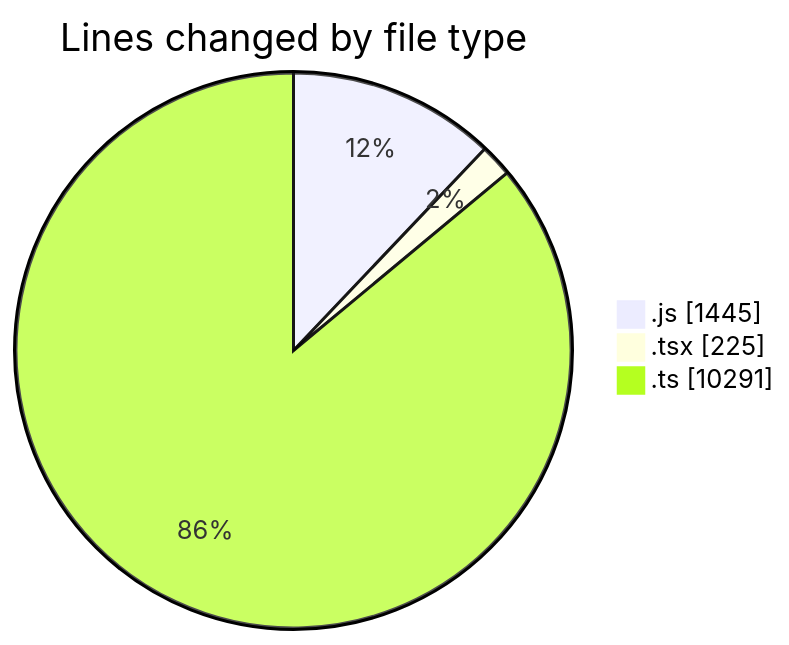
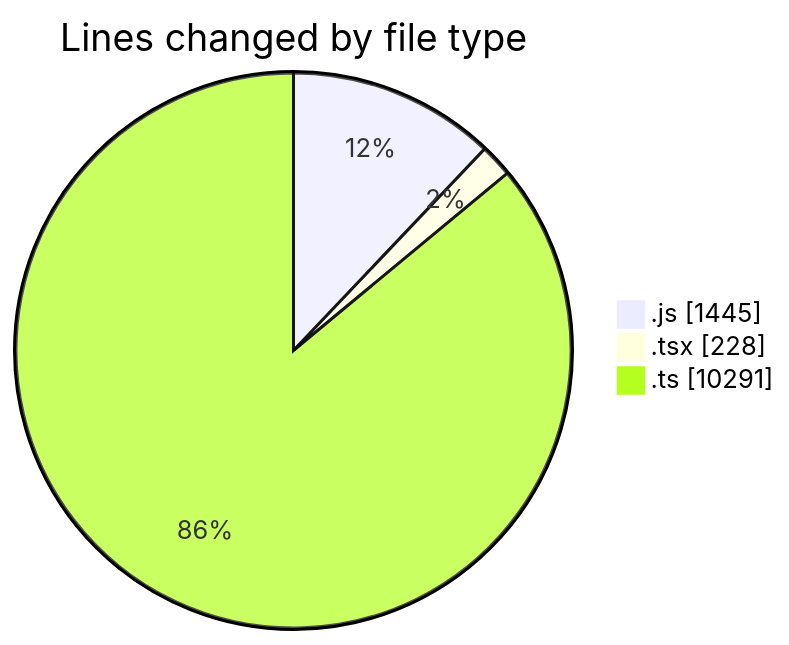
Before and after one commit to momahboobian/code-tracking: the first of 2 diagrams in 2025-03-13/cda/README.md, drawn with Mermaid. The commit also changed other lines of this file and 1 other file, not shown here.

````diff
--- a/2025-03-13/cda/README.md
+++ b/2025-03-13/cda/README.md
@@ -32,7 +32,7 @@
 ```mermaid
 pie showData
 title Lines changed by file type
 ".js" : 1445
-".tsx" : 225
+".tsx" : 228
 ".ts" : 10291
 ```
````
